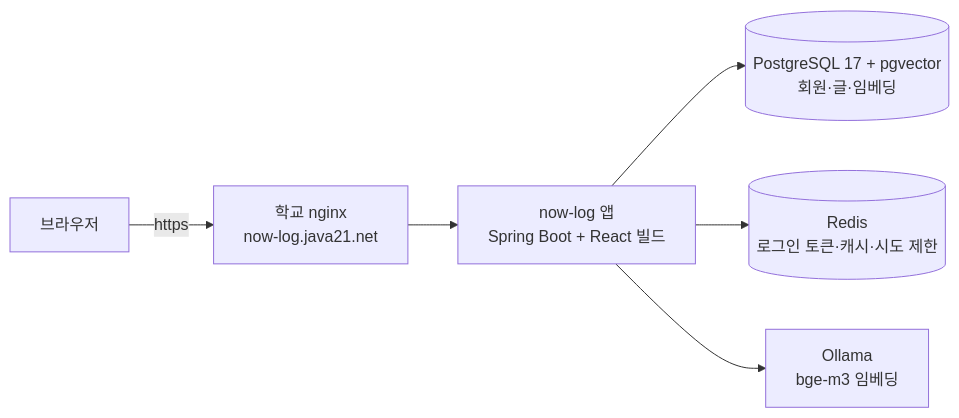
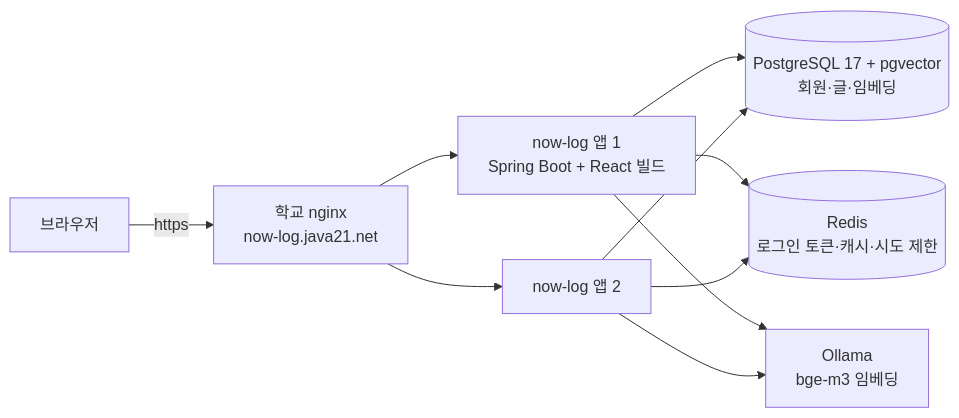
The first of 2 diagrams in profile/README.md (blog-hjiwon203/.github), drawn with Mermaid before and after one commit. The commit also changed other lines of this file, not shown here.

````diff
--- a/profile/README.md
+++ b/profile/README.md
@@ -24,8 +28,9 @@
 ```mermaid
 flowchart LR
   U["브라우저"] -->|https| N["학교 nginx<br/>now-log.java21.net"]
-  N --> A["now-log 앱<br/>Spring Boot + React 빌드"]
-  A --> P[("PostgreSQL 17 + pgvector<br/>회원·글·임베딩")]
-  A --> R[("Redis<br/>로그인 토큰·캐시·시도 제한")]
-  A --> O["Ollama<br/>bge-m3 임베딩"]
+  N --> A1["now-log 앱 1<br/>Spring Boot + React 빌드"]
+  N --> A2["now-log 앱 2"]
+  A1 & A2 --> P[("PostgreSQL 17 + pgvector<br/>회원·글·임베딩")]
+  A1 & A2 --> R[("Redis<br/>로그인 토큰·캐시·시도 제한")]
+  A1 & A2 --> O["Ollama<br/>bge-m3 임베딩"]
 ```
````
